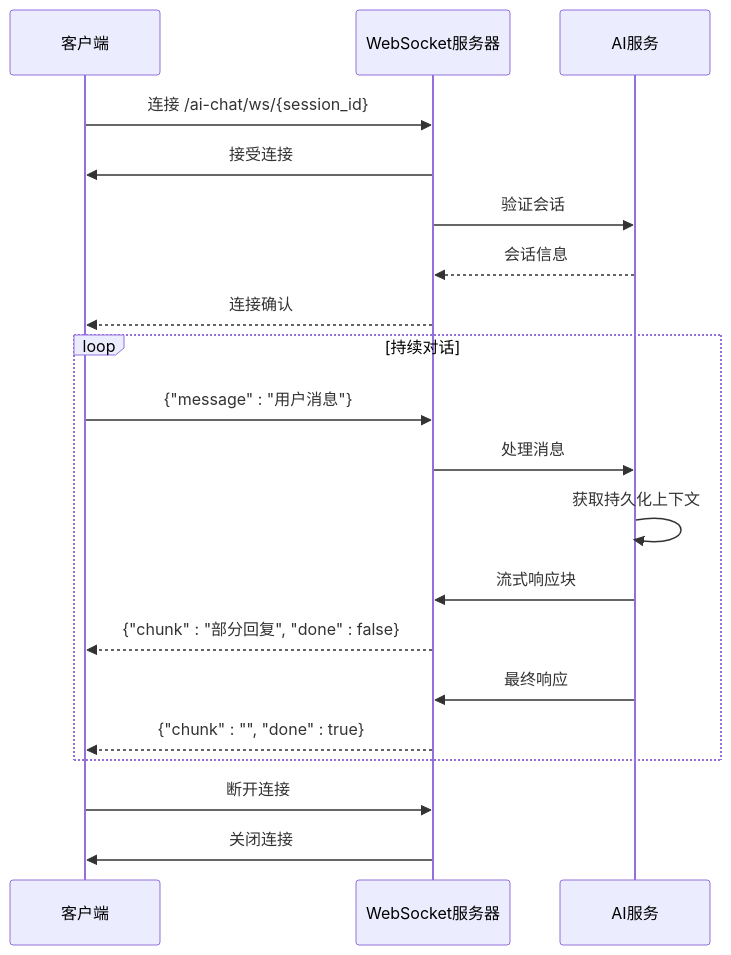
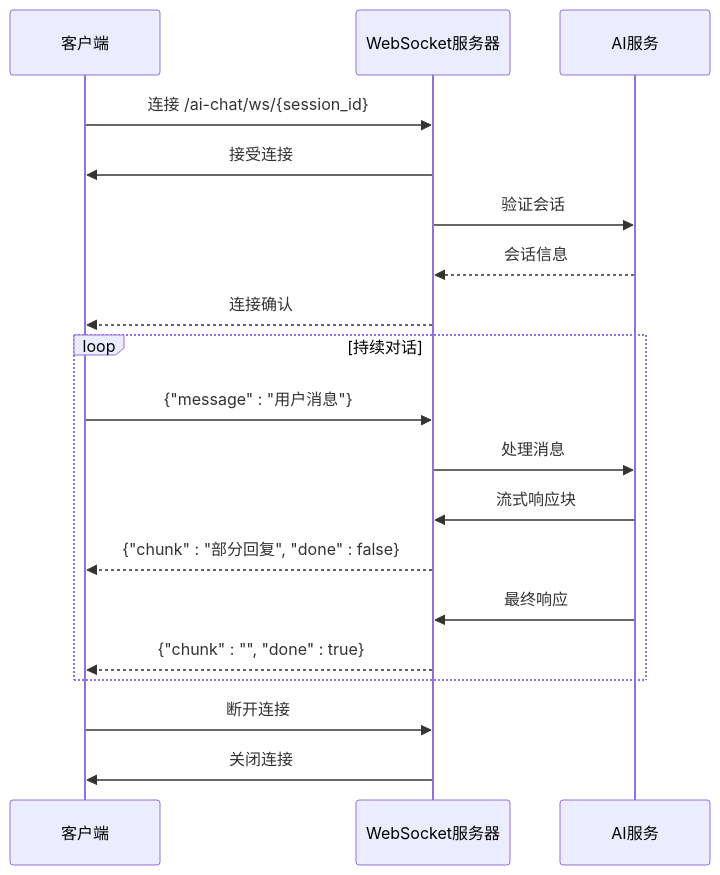
One commit to xfbyxq/ai-novel-system changed diagram 11 of 18 in .qoder/repowiki/zh/content/Ai Chat Service.md. Above: the diagram before and after it, drawn with Mermaid. The commit also changed other lines of this file and 38 other files, not shown here.

````diff
--- a/.qoder/repowiki/zh/content/Ai Chat Service.md
+++ b/.qoder/repowiki/zh/content/Ai Chat Service.md
@@ -592,22 +461,21 @@
 ```mermaid
 sequenceDiagram
 participant Client as 客户端
 participant WS as WebSocket服务器
 participant Service as AI服务
 Client->>WS : 连接 /ai-chat/ws/{session_id}
 WS->>Client : 接受连接
 WS->>Service : 验证会话
 Service-->>WS : 会话信息
 WS-->>Client : 连接确认
 loop 持续对话
 Client->>WS : {"message" : "用户消息"}
 WS->>Service : 处理消息
-Service->>Service : 获取持久化上下文
 Service->>WS : 流式响应块
 WS-->>Client : {"chunk" : "部分回复", "done" : false}
 Service->>WS : 最终响应
 WS-->>Client : {"chunk" : "", "done" : true}
 end
 Client->>WS : 断开连接
 WS->>Client : 关闭连接
 ```
````
